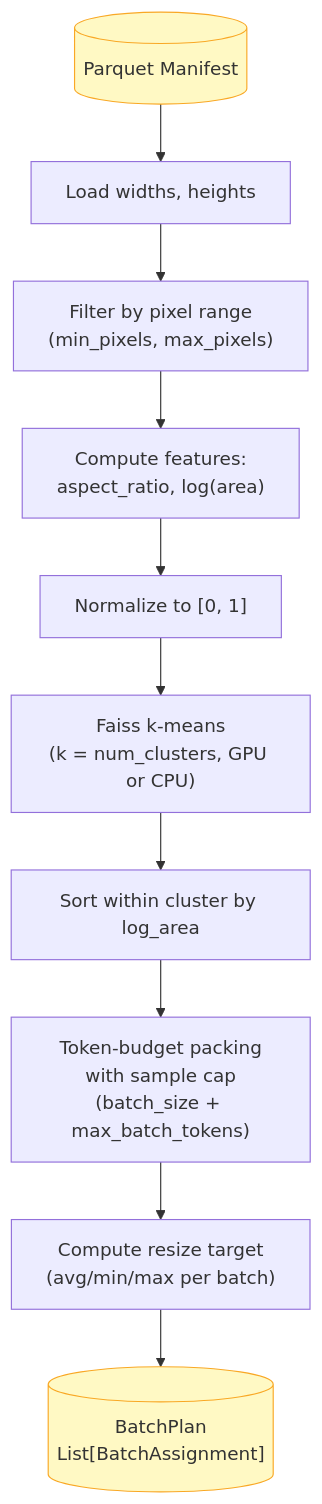
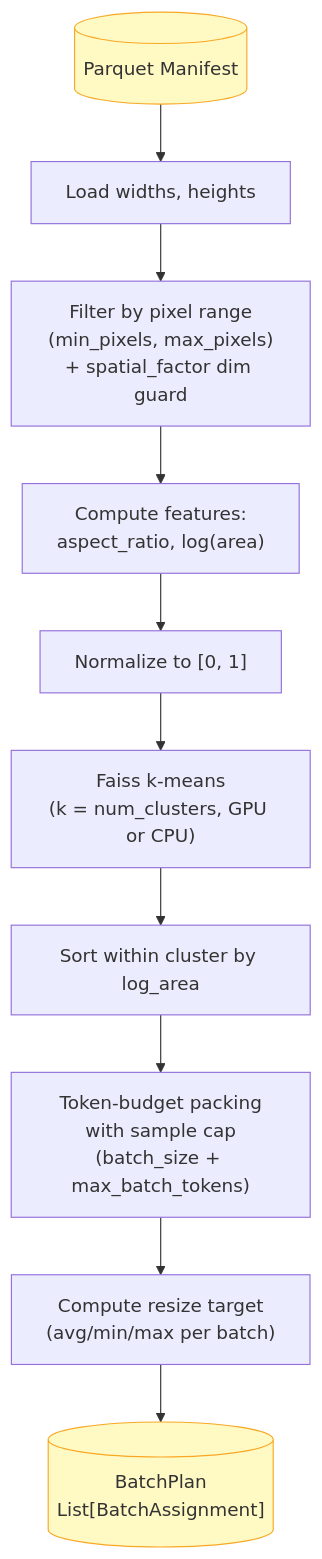
Before and after one commit to swiss-ai/benchmark-image-tokenzier: the third of 11 diagrams in vision_tokenization/README.md, drawn with Mermaid. The commit also changed other lines of this file, not shown here.

````diff
--- a/vision_tokenization/README.md
+++ b/vision_tokenization/README.md
@@ -196,17 +196,17 @@
 ```mermaid
 flowchart TD
     MFST[("Parquet Manifest")] --> LOAD["Load widths, heights"]
-    LOAD --> FILTER["Filter by pixel range<br/>(min_pixels, max_pixels)"]
+    LOAD --> FILTER["Filter by pixel range<br/>(min_pixels, max_pixels)<br/>+ spatial_factor dim guard"]
     FILTER --> FEAT["Compute features:<br/>aspect_ratio, log(area)"]
     FEAT --> NORM["Normalize to [0, 1]"]
     NORM --> KM["Faiss k-means<br/>(k = num_clusters, GPU or CPU)"]
     KM --> SORT["Sort within cluster by log_area"]
     SORT --> PACK["Token-budget packing<br/>with sample cap<br/>(batch_size + max_batch_tokens)"]
     PACK --> RESIZE["Compute resize target<br/>(avg/min/max per batch)"]
     RESIZE --> BP[("BatchPlan<br/>List[BatchAssignment]")]
 
     click KM href "https://github.com/swiss-ai/benchmark-image-tokenzier/blob/main/vision_tokenization/indexing/clustered_batch_planner.py"
 
     style MFST fill:#fff9c4,stroke:#F9A825
     style BP fill:#fff9c4,stroke:#F9A825
 ```
````
